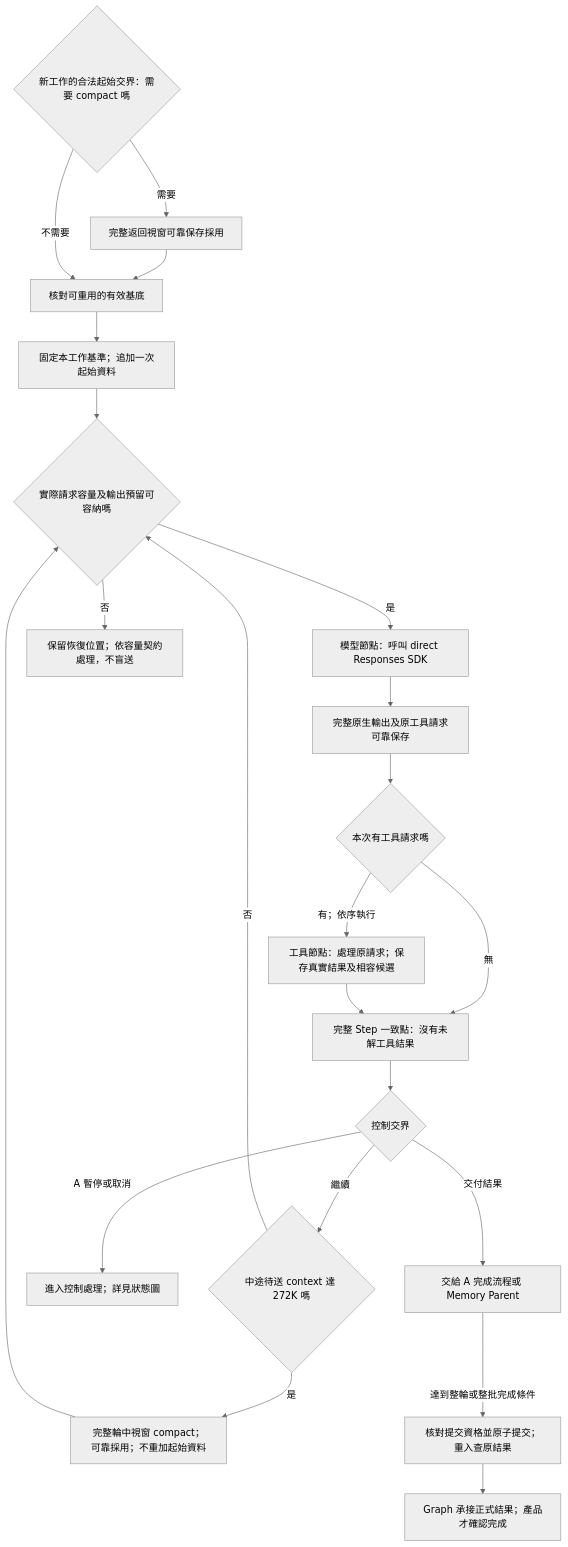
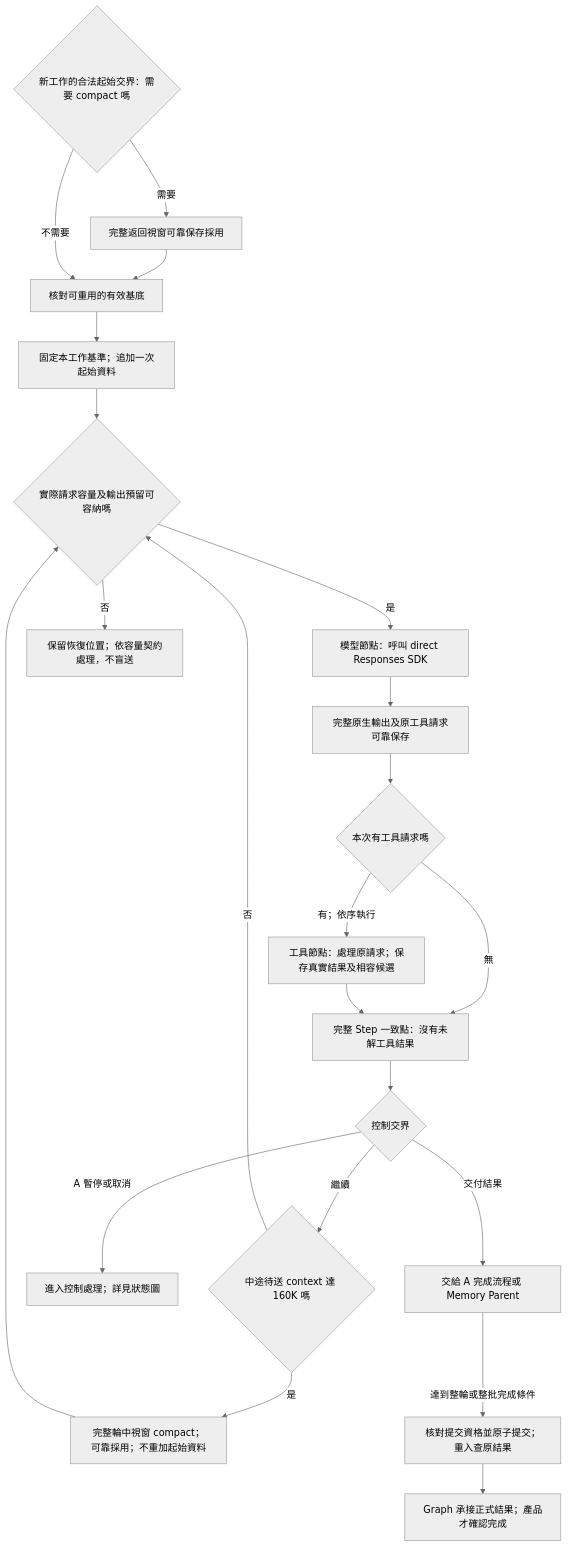
Before and after one commit to JD-Consultant/Caliburn: the first of 2 diagrams in docs/specs/2026-09-27-shared-agent-execution-and-state-design.md, drawn with Mermaid (neutral theme). The commit also changed other lines of this file and 16 other files, not shown here.

````diff
--- a/docs/specs/2026-09-27-shared-agent-execution-and-state-design.md
+++ b/docs/specs/2026-09-27-shared-agent-execution-and-state-design.md
@@ -34,25 +34,25 @@
 ```mermaid
 flowchart TD
   prepare{新工作的合法起始交界：需要 compact 嗎}
   prepare -->|需要| compact[完整返回視窗可靠保存採用]
   compact --> base[核對可重用的有效基底]
   prepare -->|不需要| base
   base --> bind[固定本工作基準；追加一次起始資料]
   bind --> fit{實際請求容量及輸出預留可容納嗎}
   fit -->|是| model[模型節點：呼叫 direct Responses SDK]
   fit -->|否| capacity[保留恢復位置；依容量契約處理，不盲送]
   model --> saved[完整原生輸出及原工具請求可靠保存]
   saved --> hasTools{本次有工具請求嗎}
   hasTools -->|有；依序執行| tools[工具節點：處理原請求；保存真實結果及相容候選]
   hasTools -->|無| step
   tools --> step[完整 Step 一致點：沒有未解工具結果]
   step --> control{控制交界}
-  control -->|繼續| insurance{中途待送 context 達 272K 嗎}
+  control -->|繼續| insurance{中途待送 context 達 160K 嗎}
   insurance -->|否| fit
   insurance -->|是| compactStep[完整輪中視窗 compact；可靠採用；不重加起始資料]
   compactStep --> fit
   control -->|A 暫停或取消| stop[進入控制處理；詳見狀態圖]
   control -->|交付結果| owner[交給 A 完成流程或 Memory Parent]
   owner -->|達到整輪或整批完成條件| publish[核對提交資格並原子提交；重入查原結果]
   publish --> done[Graph 承接正式結果；產品才確認完成]
 ```
````
